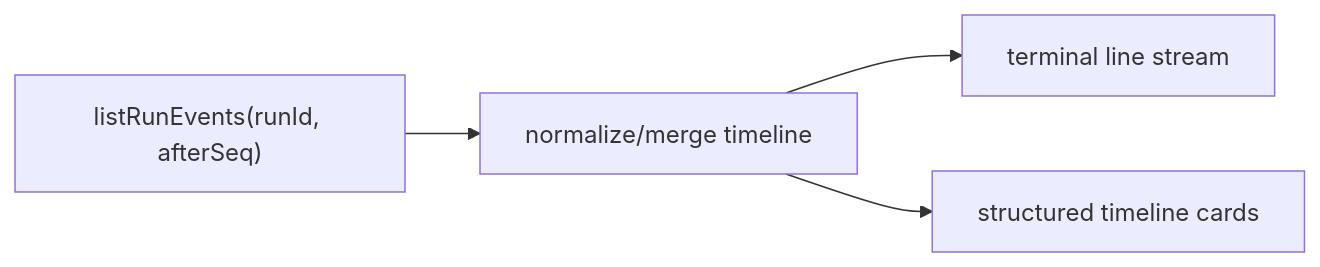
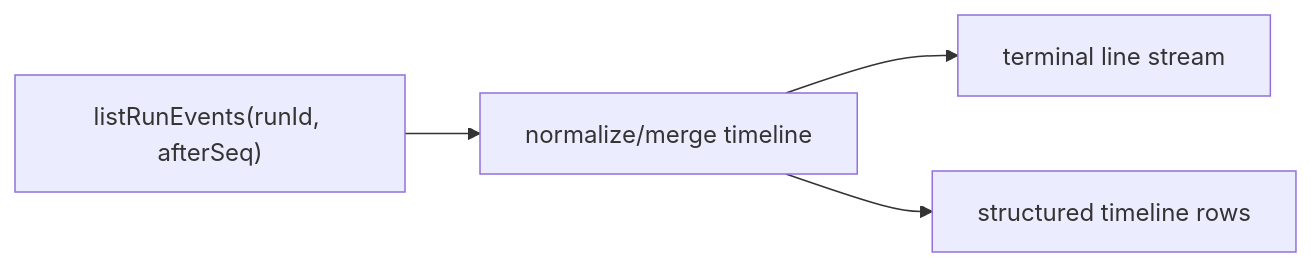
Before and after one commit to dunay2/dvt: the sixth of 9 diagrams in docs/architecture/components/web/runs/frontend-runtime-contract-technical-manual.md, drawn with Mermaid. The commit also changed 27 other files, not shown here.

````diff
--- a/docs/architecture/components/web/runs/frontend-runtime-contract-technical-manual.md
+++ b/docs/architecture/components/web/runs/frontend-runtime-contract-technical-manual.md
@@ -212,6 +212,6 @@
 ```mermaid
 flowchart LR
   Query["listRunEvents(runId, afterSeq)"] --> Timeline["normalize/merge timeline"]
   Timeline --> Console["terminal line stream"]
-  Timeline --> Workspace["structured timeline cards"]
+  Timeline --> Workspace["structured timeline rows"]
 ```
````
